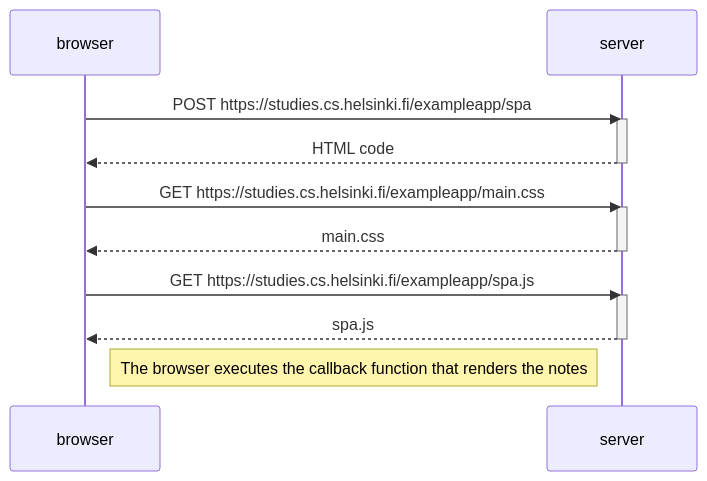
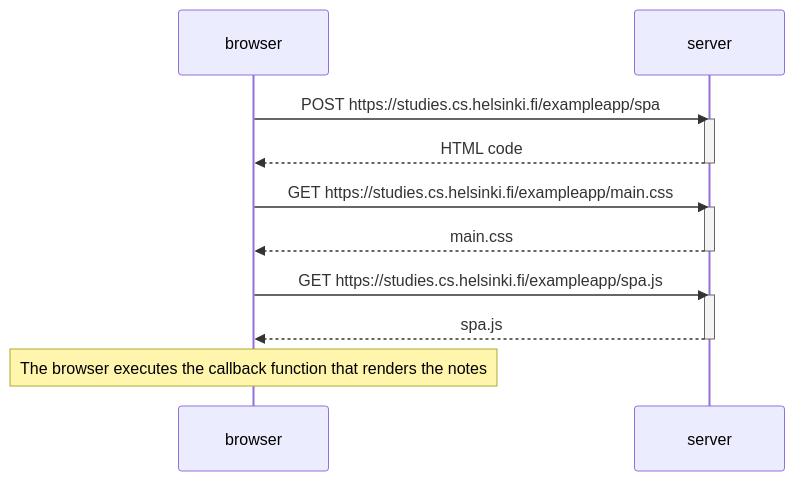
One commit to chandani7021/FullStack changed the diagram in part 0/0.5 spa.md. Above: the diagram before and after it, drawn with Mermaid.

Commit message:
Update 0.5 spa.md

````diff
--- a/part 0/0.5 spa.md
+++ b/part 0/0.5 spa.md
@@ -1,23 +1,23 @@
 ```mermaid
 sequenceDiagram
     participant browser
     participant server
 
     browser->>server: POST https://studies.cs.helsinki.fi/exampleapp/spa
     activate server
     server-->>browser: HTML code
     deactivate server
 
     browser->>server: GET https://studies.cs.helsinki.fi/exampleapp/main.css
     activate server
     server-->>browser: main.css
     deactivate server
     
     browser->>server: GET https://studies.cs.helsinki.fi/exampleapp/spa.js
     activate server
     server-->>browser:spa.js
     deactivate server
 
 
-    Note right of browser: The browser executes the callback function that renders the notes
+    Note over browser: The browser executes the callback function that renders the notes
    ```
````
